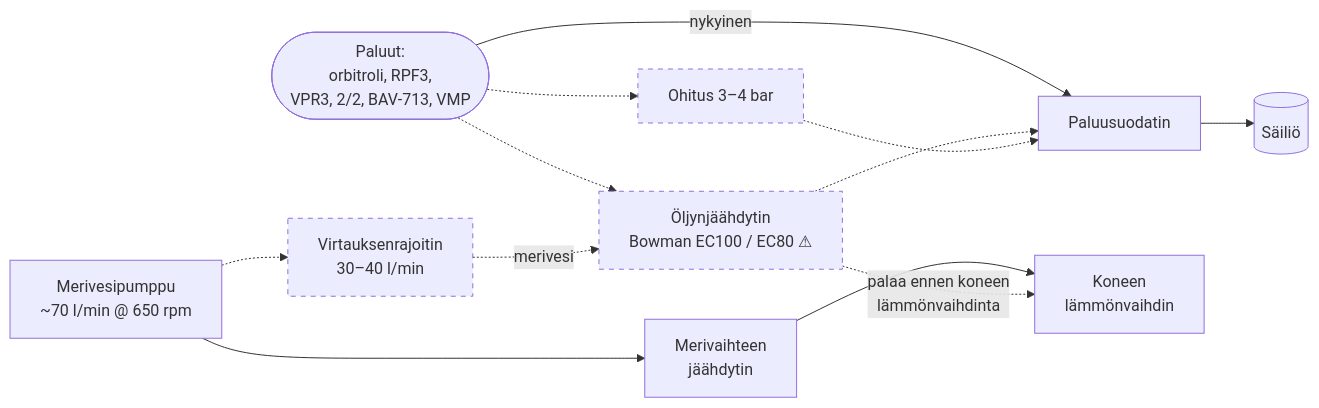
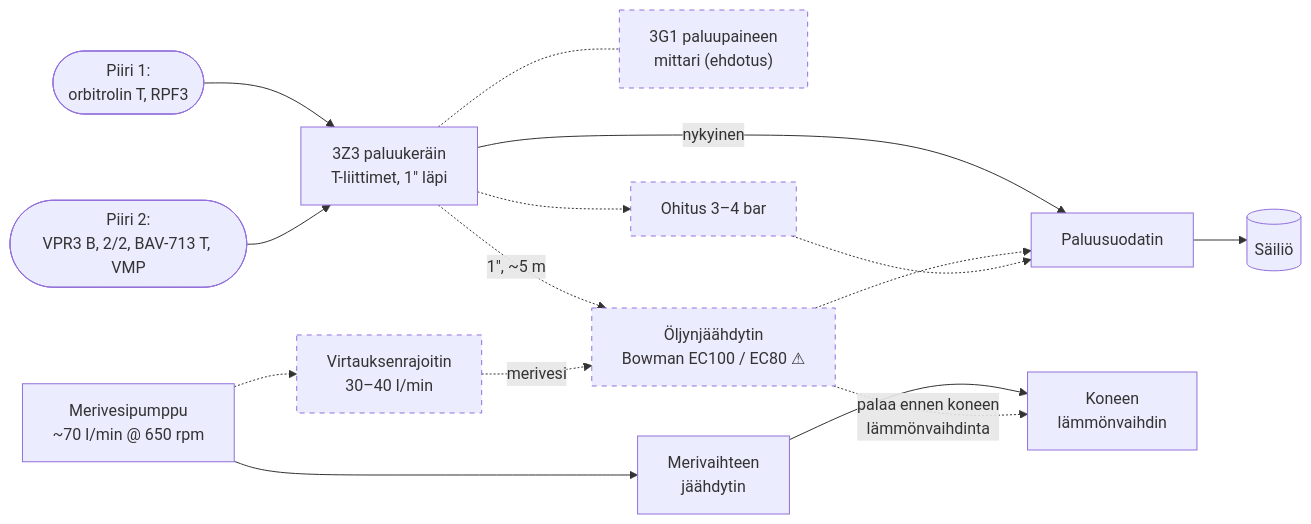
The third of 3 diagrams in hydraulics/schematic.md (plektra/vega-systems), drawn with Mermaid before and after one commit. The commit also changed other lines of this file and 1 other file, not shown here.

Commit message:
Add return manifold and 1" return line to schematic
Claude-Session: https://claude.ai/code/session_01WCJUX9vKPm1UihLXk9hoX5

````diff
--- a/hydraulics/schematic.md
+++ b/hydraulics/schematic.md
@@ -152,24 +155,30 @@
 ```mermaid
 flowchart LR
-  RET(["Paluut:<br/>orbitroli, RPF3,<br/>VPR3, 2/2, BAV-713, VMP"])
+  R1(["Piiri 1:<br/>orbitrolin T, RPF3"])
+  R2(["Piiri 2:<br/>VPR3 B, 2/2, BAV-713 T, VMP"])
+  RET["3Z3 paluukeräin<br/>T-liittimet, 1#quot; läpi"]
+  GAU["3G1 paluupaineen<br/>mittari (ehdotus)"]
   COOL["Öljynjäähdytin<br/>Bowman EC100 / EC80 ⚠"]
   BYP["Ohitus 3–4 bar"]
   FILT["Paluusuodatin"]
   TANK[("Säiliö")]
   RWP["Merivesipumppu<br/>~70 l/min @ 650 rpm"]
   LIM["Virtauksenrajoitin<br/>30–40 l/min"]
   GBC["Merivaihteen<br/>jäähdytin"]
   EHX["Koneen<br/>lämmönvaihdin"]
 
+  R1 --> RET
+  R2 --> RET
+  RET -.- GAU
   RET -->|nykyinen| FILT
-  RET -.-> COOL -.-> FILT
+  RET -.->|"1#quot;, ~5 m"| COOL -.-> FILT
   RET -.-> BYP -.-> FILT
   FILT --> TANK
 
   RWP --> GBC --> EHX
   RWP -.-> LIM -.->|merivesi| COOL
   COOL -.->|"palaa ennen koneen<br/>lämmönvaihdinta"| EHX
 
   classDef planned stroke-dasharray: 5 5
-  class COOL,BYP,LIM planned
+  class COOL,BYP,LIM,GAU planned
 ```
````
